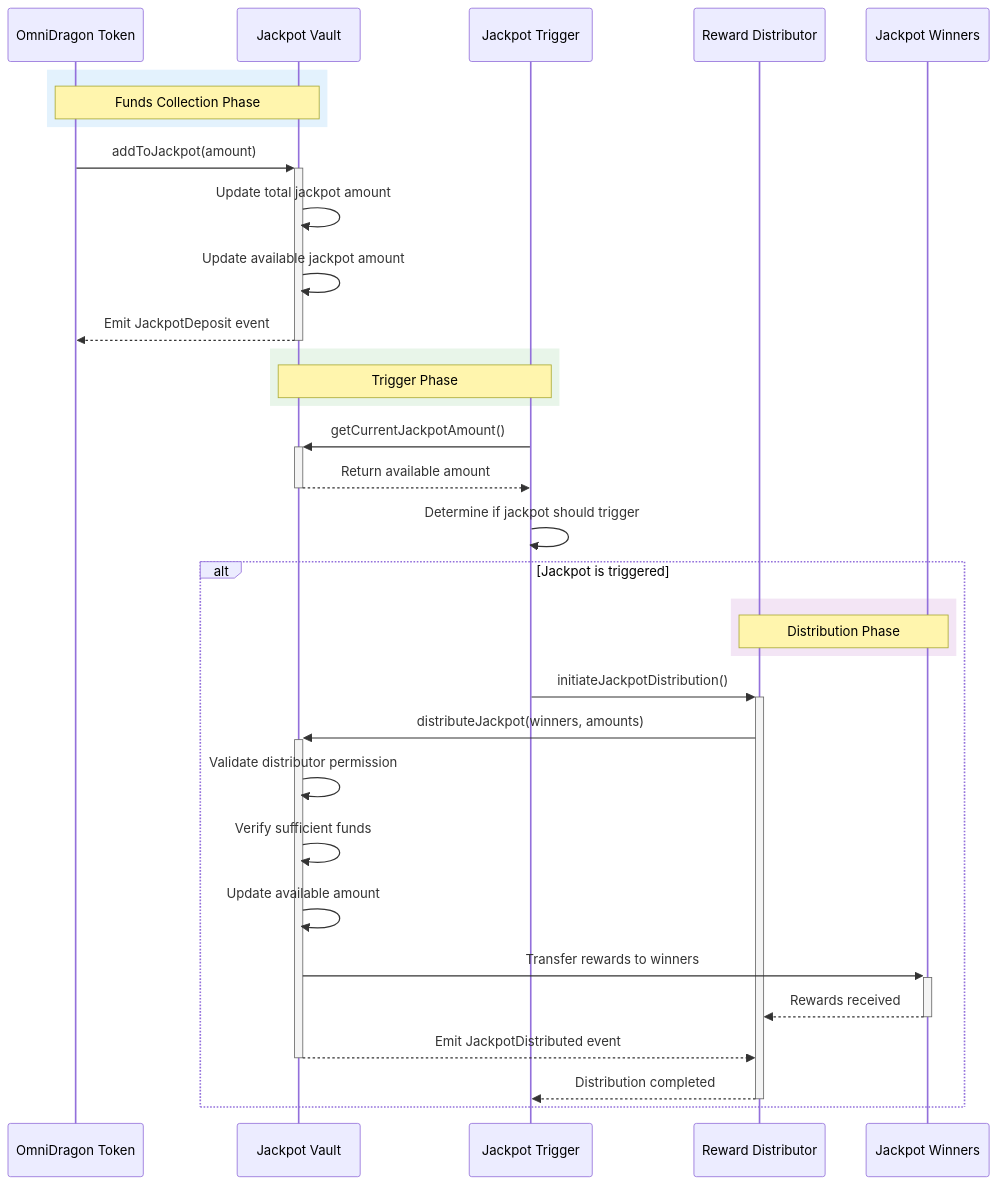
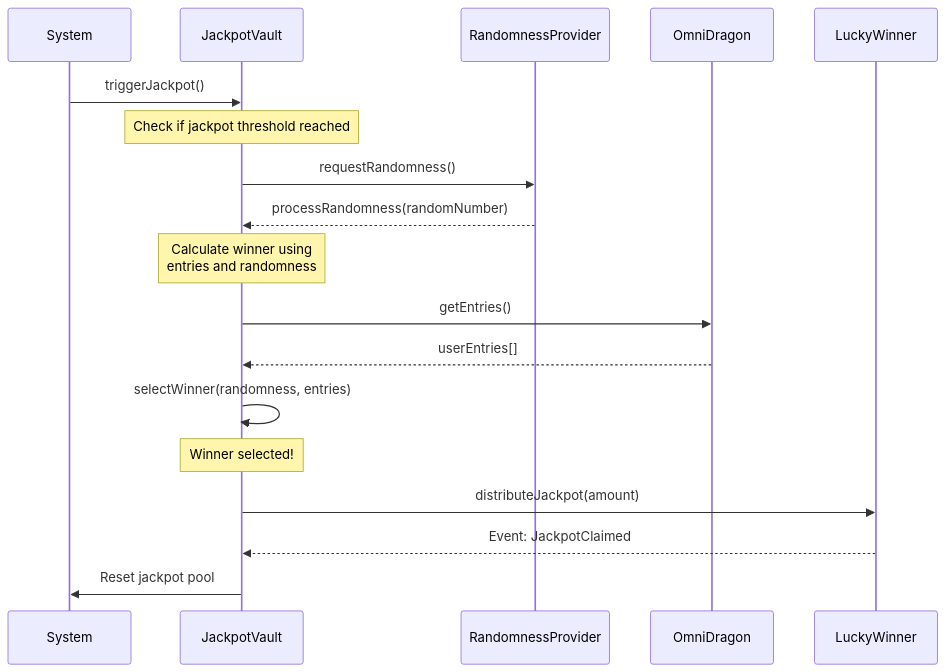
The second of 2 diagrams in docs/contracts/jackpot/vault.md (wenakita/sonicreddragon-docs), drawn with Mermaid before and after one commit. The commit also changed other lines of this file and 3 other files, not shown here.

````diff
--- a/docs/contracts/jackpot/vault.md
+++ b/docs/contracts/jackpot/vault.md
@@ -70,42 +123,27 @@
 ```mermaid
 sequenceDiagram
-    participant Token as OmniDragon Token
-    participant Vault as Jackpot Vault
-    participant Trigger as Jackpot Trigger
-    participant Distributor as Reward Distributor
-    participant Winners as Jackpot Winners
+    participant System as System
+    participant Vault as JackpotVault
+    participant VRF as RandomnessProvider
+    participant Token as OmniDragon
+    participant Winner as LuckyWinner
     
-    %% Add style regions
-    rect rgb(227, 242, 253)
-    note over Token,Vault: Funds Collection Phase
-    end
+    System->>Vault: triggerJackpot()
+    Note over Vault: Check if jackpot threshold reached
     
-    Token->>+Vault: addToJackpot(amount)
-    Vault->>Vault: Update total jackpot amount
-    Vault->>Vault: Update available jackpot amount
-    Vault-->>-Token: Emit JackpotDeposit event
+    Vault->>VRF: requestRandomness()
+    VRF-->>Vault: processRandomness(randomNumber)
     
-    rect rgb(232, 245, 233)
-    note over Trigger,Vault: Trigger Phase
-    end
+    Note over Vault: Calculate winner using<br>entries and randomness
     
-    Trigger->>+Vault: getCurrentJackpotAmount()
-    Vault-->>-Trigger: Return available amount
-    Trigger->>Trigger: Determine if jackpot should trigger
+    Vault->>Token: getEntries()
+    Token-->>Vault: userEntries[]
     
-    alt Jackpot is triggered
-        rect rgb(243, 229, 245)
-        note over Distributor,Winners: Distribution Phase
-        end
-        
-        Trigger->>+Distributor: initiateJackpotDistribution()
-        Distributor->>+Vault: distributeJackpot(winners, amounts)
-        Vault->>Vault: Validate distributor permission
-        Vault->>Vault: Verify sufficient funds
-        Vault->>Vault: Update available amount
-        Vault->>+Winners: Transfer rewards to winners
-        Winners-->>-Distributor: Rewards received
-        Vault-->>-Distributor: Emit JackpotDistributed event
-        Distributor-->>-Trigger: Distribution completed
-    end
+    Vault->>Vault: selectWinner(randomness, entries)
+    Note over Vault: Winner selected!
+    
+    Vault->>Winner: distributeJackpot(amount)
+    Winner-->>Vault: Event: JackpotClaimed
+    
+    Vault->>System: Reset jackpot pool
 ```
````
